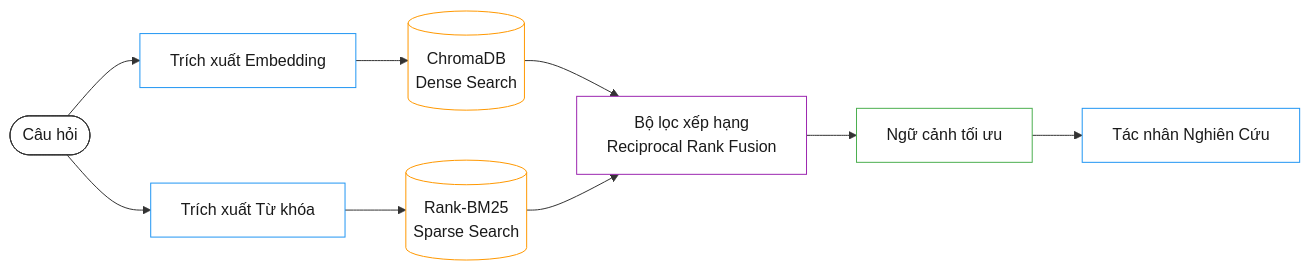
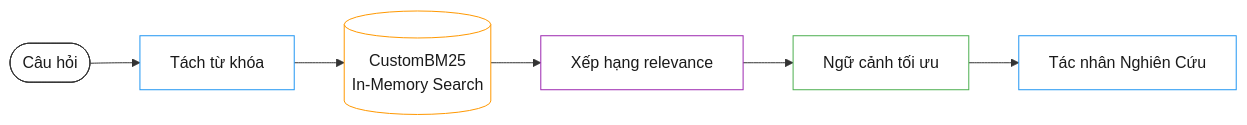
Before and after one commit to ntd25022006q/fpt-multi-agent-system: the second of 4 diagrams in README.md, drawn with Mermaid. The commit also changed other lines of this file and 17 other files, not shown here.

````diff
--- a/README.md
+++ b/README.md
@@ -79,20 +79,15 @@
 ```mermaid
 flowchart LR
-    Query([Câu hỏi]) --> Embedding[Trích xuất Embedding]
-    Query --> Keywords[Trích xuất Từ khóa]
-    Embedding --> Dense[(ChromaDB<br/>Dense Search)]
-    Keywords --> Sparse[(Rank-BM25<br/>Sparse Search)]
-    Dense --> RRF[Bộ lọc xếp hạng<br/>Reciprocal Rank Fusion]
-    Sparse --> RRF
-    RRF --> Context[Ngữ cảnh tối ưu]
+    Query([Câu hỏi]) --> Tokenize[Tách từ khóa]
+    Tokenize --> BM25[(CustomBM25<br/>In-Memory Search)]
+    BM25 --> Rank[Xếp hạng relevance]
+    Rank --> Context[Ngữ cảnh tối ưu]
     Context --> Agent[Tác nhân Nghiên Cứu]
 
     style Query fill:#ffffff,stroke:#333333,color:#1a1a1a
-    style Embedding fill:#ffffff,stroke:#2196f3,color:#1a1a1a
-    style Keywords fill:#ffffff,stroke:#2196f3,color:#1a1a1a
-    style Dense fill:#ffffff,stroke:#ff9800,color:#1a1a1a
-    style Sparse fill:#ffffff,stroke:#ff9800,color:#1a1a1a
-    style RRF fill:#ffffff,stroke:#9c27b0,color:#1a1a1a
+    style Tokenize fill:#ffffff,stroke:#2196f3,color:#1a1a1a
+    style BM25 fill:#ffffff,stroke:#ff9800,color:#1a1a1a
+    style Rank fill:#ffffff,stroke:#9c27b0,color:#1a1a1a
     style Context fill:#ffffff,stroke:#4caf50,color:#1a1a1a
     style Agent fill:#ffffff,stroke:#2196f3,color:#1a1a1a
 ```
````
